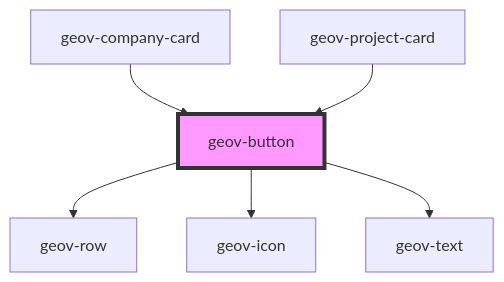
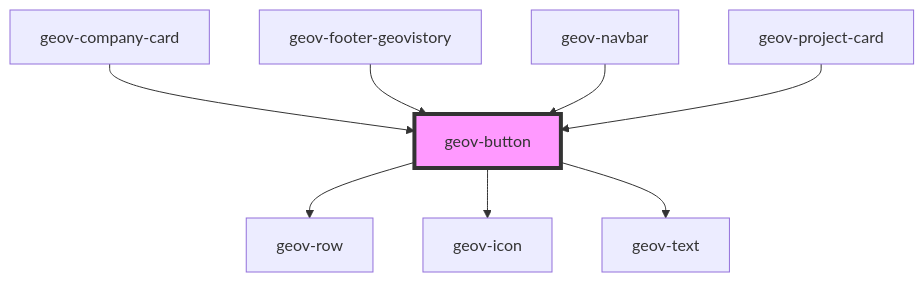
One commit to geovistory/design-system changed the diagram in packages/design-system-web/src/components/basic/geov-button/readme.md. Above: the diagram before and after it, drawn with Mermaid. The commit also changed other lines of this file and 67 other files, not shown here.

````diff
--- a/packages/design-system-web/src/components/basic/geov-button/readme.md
+++ b/packages/design-system-web/src/components/basic/geov-button/readme.md
@@ -34,9 +38,11 @@
 ```mermaid
 graph TD;
   geov-button --> geov-row
   geov-button --> geov-icon
   geov-button --> geov-text
   geov-company-card --> geov-button
+  geov-footer-geovistory --> geov-button
+  geov-navbar --> geov-button
   geov-project-card --> geov-button
   style geov-button fill:#f9f,stroke:#333,stroke-width:4px
 ```
````
